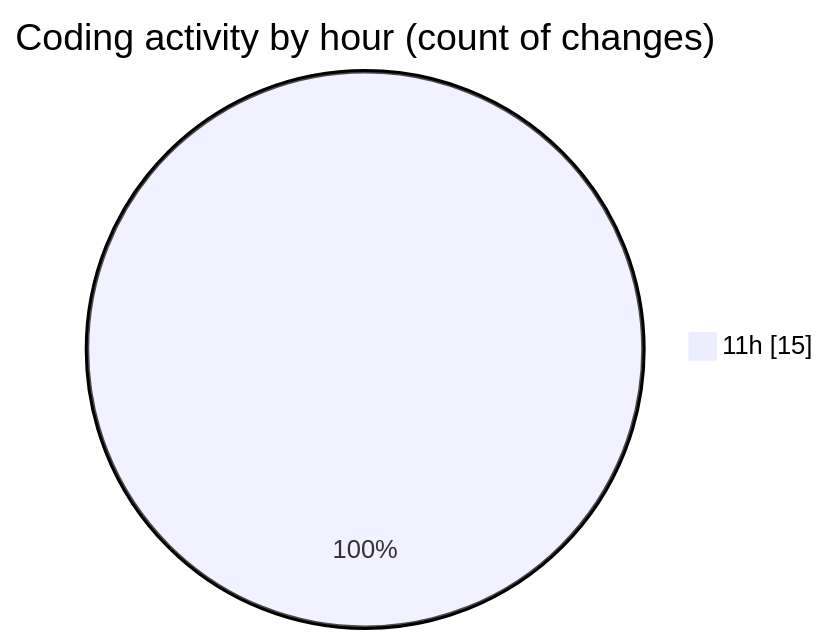
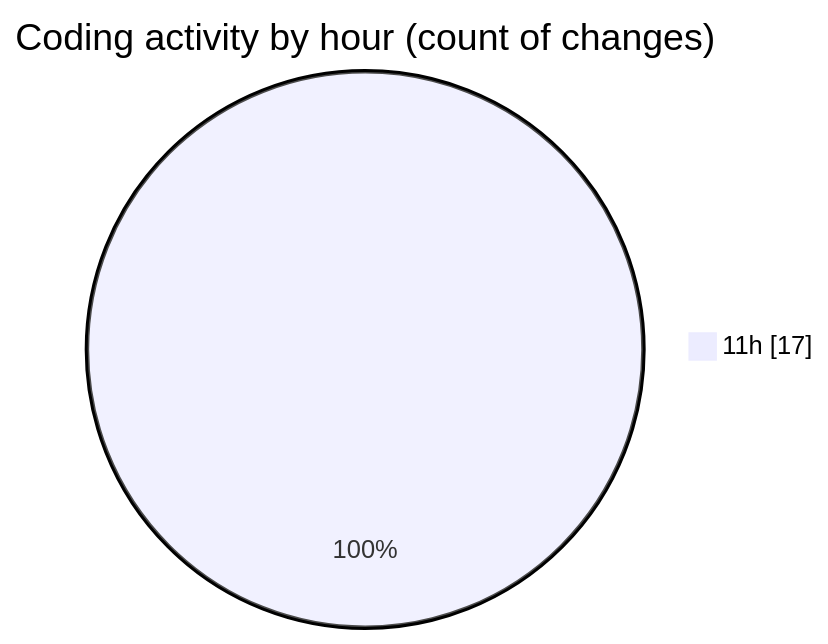
Before and after one commit to robertbonfada/code-tracking: the second of 2 diagrams in 2025-01-31/audiobooks-web/README.md, drawn with Mermaid. The commit also changed other lines of this file and 1 other file, not shown here.

````diff
--- a/2025-01-31/audiobooks-web/README.md
+++ b/2025-01-31/audiobooks-web/README.md
@@ -37,5 +38,5 @@
 ```mermaid
 pie showData
 title Coding activity by hour (count of changes)
-"11h" : 15
+"11h" : 17
 ```
````
